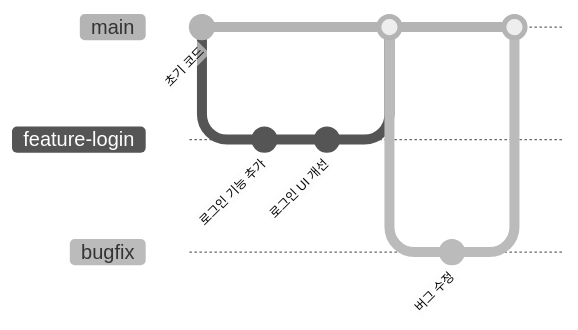
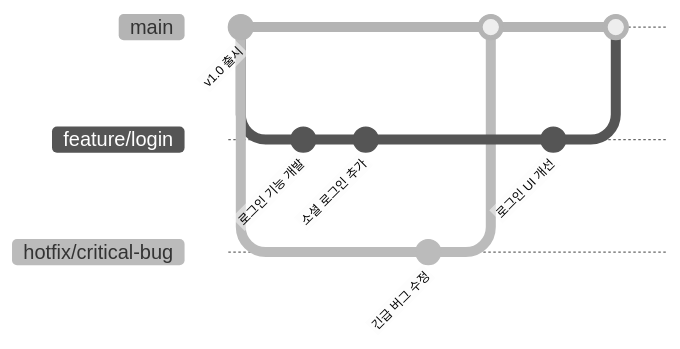
The first of 2 diagrams in Chapter I. 기반지식 학습/1. 기초 CS 이론/1. IT 리터러시/6. 현업에서의 용어 노하우.md (hanaoverride/data-scientist-cookbook-for-korean), drawn with Mermaid (neutral theme) before and after one commit. The commit also changed other lines of this file and 132 other files, not shown here.

````diff
--- a/Chapter I. 기반지식 학습/1. 기초 CS 이론/1. IT 리터러시/6. 현업에서의 용어 노하우.md
+++ b/Chapter I. 기반지식 학습/1. 기초 CS 이론/1. IT 리터러시/6. 현업에서의 용어 노하우.md
@@ -26,15 +25,18 @@
 ```mermaid
 gitGraph
-    commit id: "초기 코드"
-    branch feature-login
-    checkout feature-login
-    commit id: "로그인 기능 추가"
+    commit id: "v1.0 출시"
+    branch feature/login
+    checkout feature/login
+    commit id: "로그인 기능 개발"
+    commit id: "소셜 로그인 추가"
+    checkout main
+    branch hotfix/critical-bug
+    checkout hotfix/critical-bug
+    commit id: "긴급 버그 수정"
+    checkout main
+    merge hotfix/critical-bug
+    checkout feature/login
     commit id: "로그인 UI 개선"
     checkout main
-    merge feature-login
-    branch bugfix
-    checkout bugfix
-    commit id: "버그 수정"
-    checkout main
-    merge bugfix
+    merge feature/login
 ```
````
